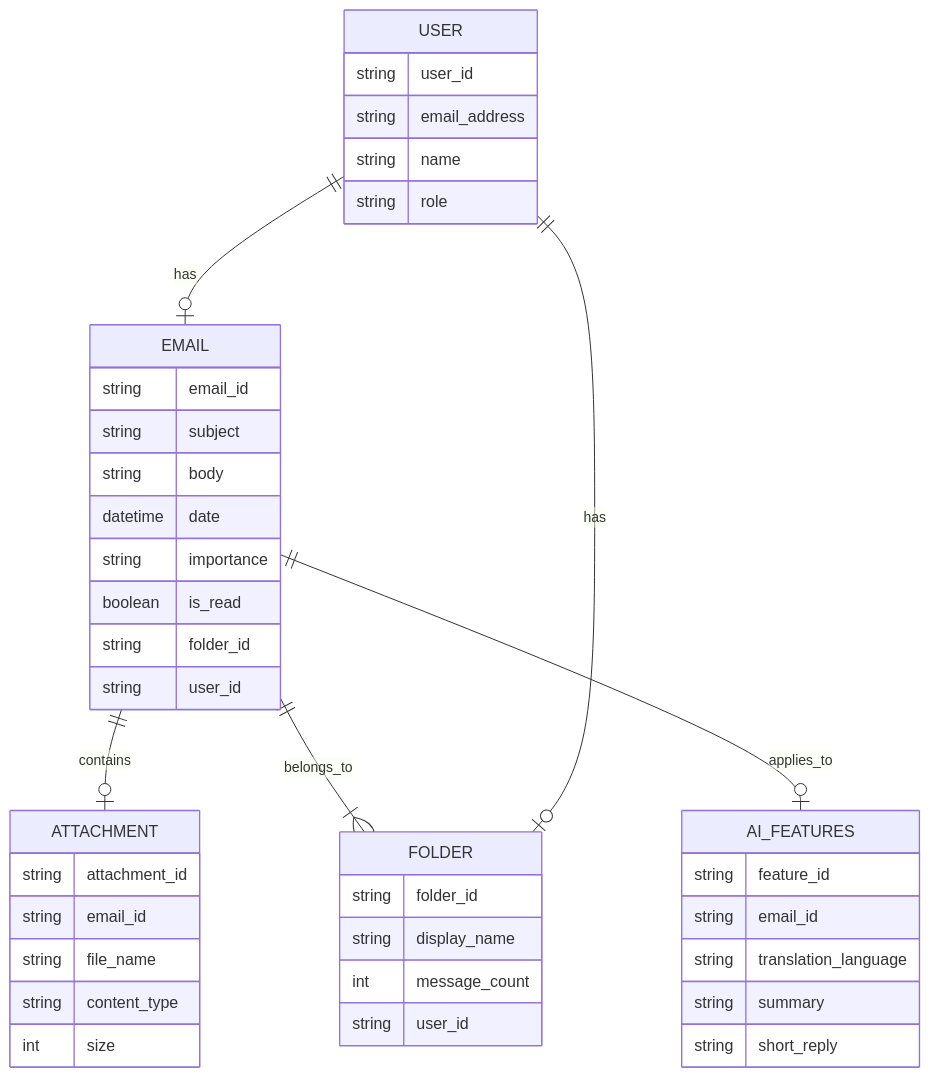
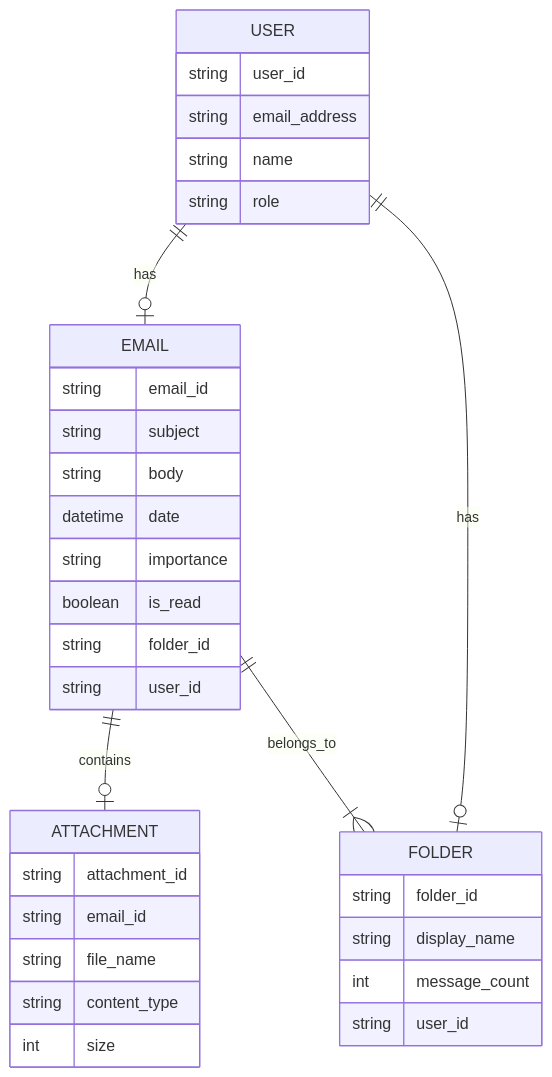
Before and after one commit to Harshita-capsitech/EmailDocs: the third of 3 diagrams in Emails/Overview.md, drawn with Mermaid. The commit also changed other lines of this file, not shown here.

````diff
--- a/Emails/Overview.md
+++ b/Emails/Overview.md
@@ -95,45 +192,39 @@
 ```mermaid
 erDiagram
     USER {
         string user_id
         string email_address
         string name
         string role
     }
     EMAIL {
         string email_id
         string subject
         string body
         datetime date
         string importance
         boolean is_read
         string folder_id
         string user_id
     }
     ATTACHMENT {
         string attachment_id
         string email_id
         string file_name
         string content_type
         int size
     }
     FOLDER {
         string folder_id
         string display_name
         int message_count
         string user_id
     }
-    AI_FEATURES {
-        string feature_id
-        string email_id
-        string translation_language
-        string summary
-        string short_reply
-    }
 
     USER ||--o| EMAIL : has
     EMAIL ||--o| ATTACHMENT : contains
     EMAIL ||--|{ FOLDER : belongs_to
-    EMAIL ||--o| AI_FEATURES : applies_to
     USER ||--o| FOLDER : has
+
+
 ```
````
